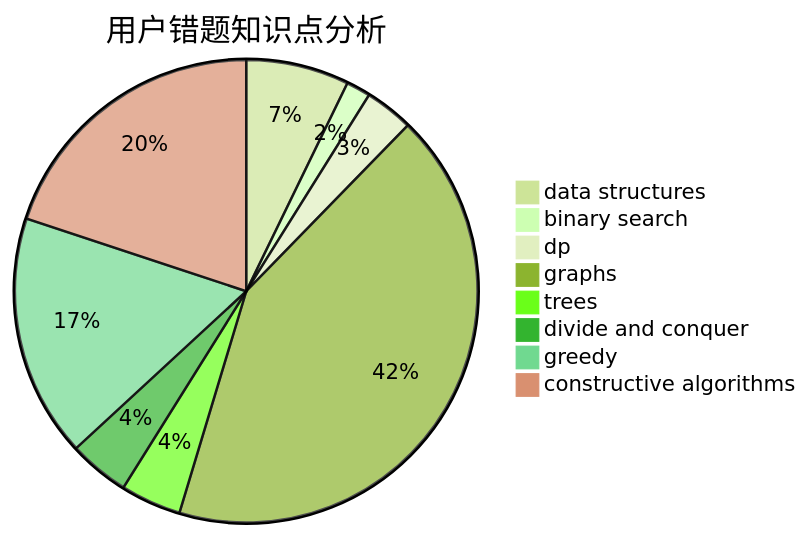
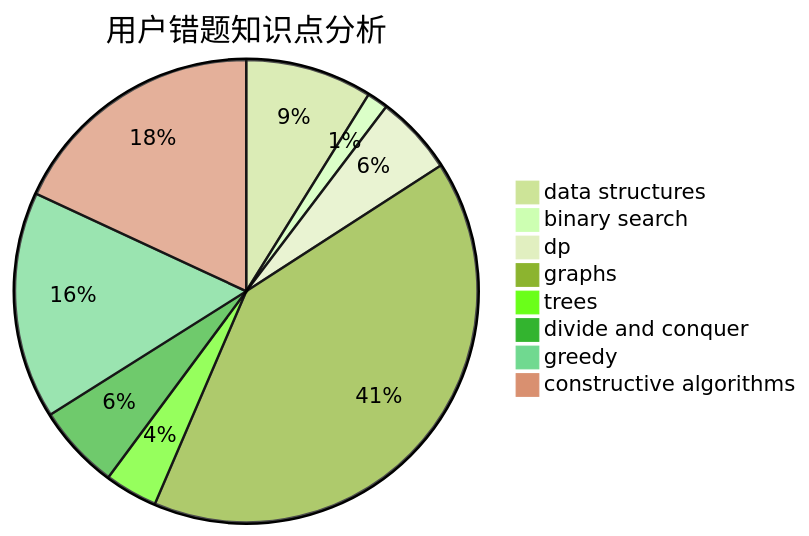
Before and after one commit to sherpahu/cfrs.github.io: the third of 3 diagrams in docs/user/u2548.md, drawn with Mermaid (forest theme). The commit also changed other lines of this file and 2770 other files, not shown here.

````diff
--- a/docs/user/u2548.md
+++ b/docs/user/u2548.md
@@ -36,11 +36,11 @@
 ```mermaid
 pie title 用户错题知识点分析
-    "data structures" :  17
+    "data structures" :  24
     "binary search" :  4
-    "dp" :  8
-    "graphs" :  100
+    "dp" :  15
+    "graphs" :  110
     "trees" :  10
-    "divide and conquer" :  10
-    "greedy" :  40
-    "constructive algorithms" :  47
+    "divide and conquer" :  16
+    "greedy" :  43
+    "constructive algorithms" :  49
 ```
````
